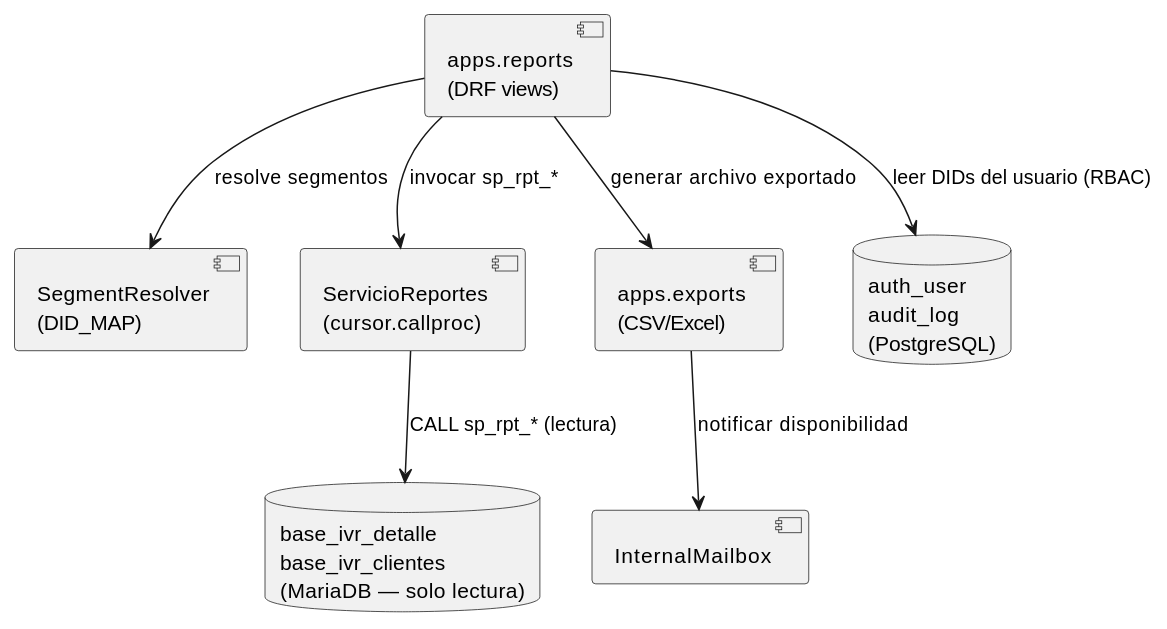
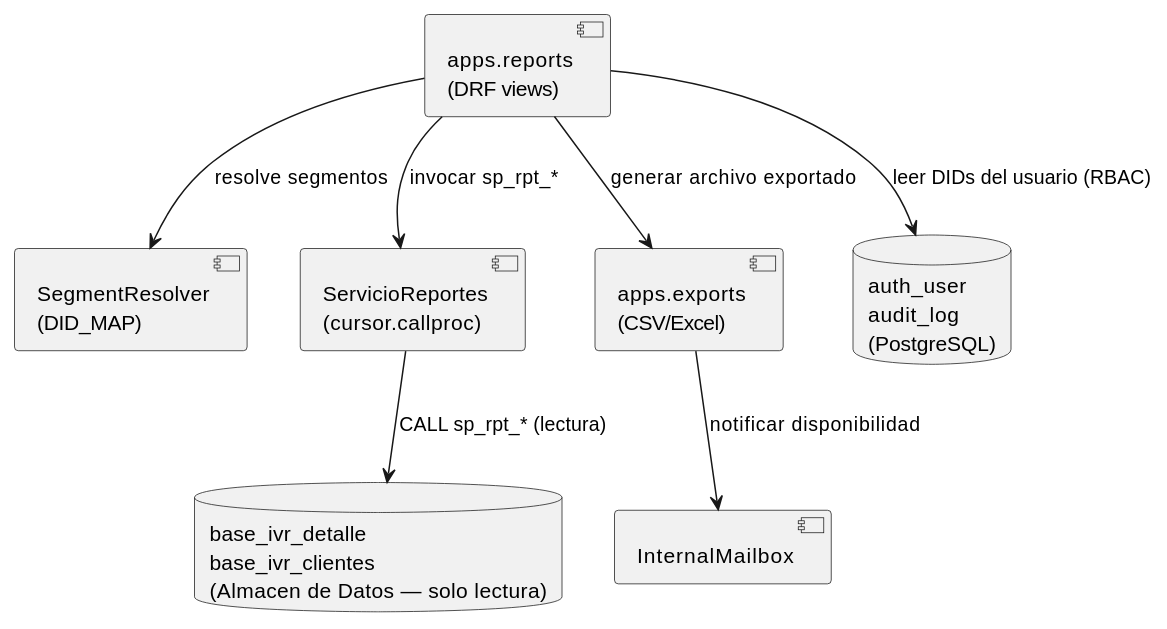
Before and after one commit to jcg-admin/IACT-docs: the diagram in source/arquitectura-tecnica/modulos/vis-reports/diagramas/componentes-mod-reports.rst, drawn with PlantUML. The commit also changed 160 other files, not shown here.

```diff
--- a/source/arquitectura-tecnica/modulos/vis-reports/diagramas/componentes-mod-reports.rst
+++ b/source/arquitectura-tecnica/modulos/vis-reports/diagramas/componentes-mod-reports.rst
@@ -22,22 +22,22 @@
 .. uml::
  :caption: Componentes de MOD_Reports y sus dependencias de datos.
 
  @startuml
 
  component "apps.reports\n(DRF views)" as RPTS
  component "SegmentResolver\n(DID_MAP)" as Segmentresolver
  component "ServicioReportes\n(cursor.callproc)" as Servicioreportes
  component "apps.exports\n(CSV/Excel)" as AppsExports
  component "InternalMailbox" as Internalmailbox
 
- database "base_ivr_detalle\nbase_ivr_clientes\n(MariaDB — solo lectura)" as base_ivr_detalle
+ database "base_ivr_detalle\nbase_ivr_clientes\n(Almacen de Datos — solo lectura)" as base_ivr_detalle
  database "auth_user\naudit_log\n(PostgreSQL)" as auth_user
 
  RPTS --> Segmentresolver : resolve segmentos
  RPTS --> Servicioreportes : invocar sp_rpt_*
  Servicioreportes --> base_ivr_detalle : CALL sp_rpt_* (lectura)
  RPTS --> auth_user : leer DIDs del usuario (RBAC)
  RPTS --> AppsExports : generar archivo exportado
  AppsExports --> Internalmailbox : notificar disponibilidad
 
  @enduml
```
